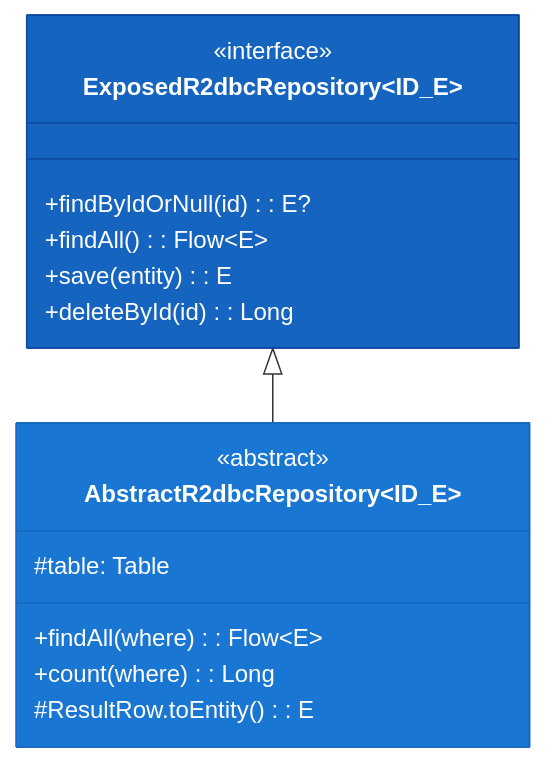
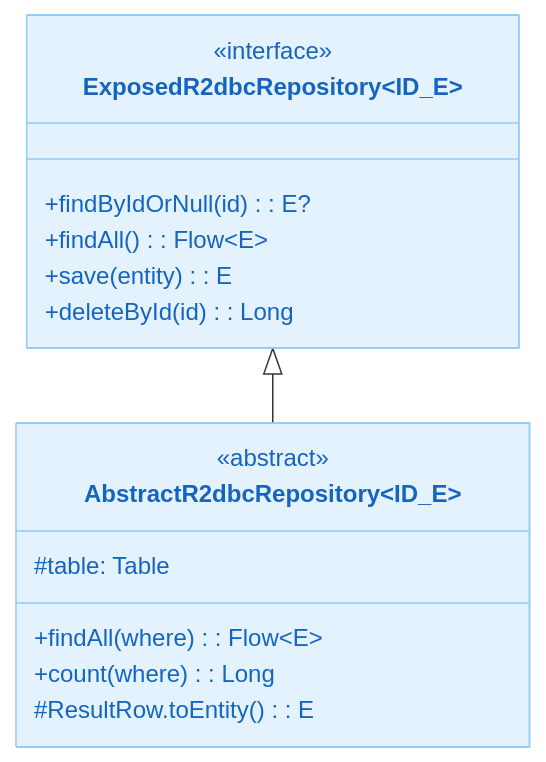
The first of 4 diagrams in data/exposed-r2dbc/README.ko.md (bluetape4k/bluetape4k-projects), drawn with Mermaid before and after one commit. The commit also changed other lines of this file and 219 other files, not shown here.

First line of the commit message:
docs: 전체 README Mermaid 다이어그램 가이드 적용

````diff
--- a/data/exposed-r2dbc/README.ko.md
+++ b/data/exposed-r2dbc/README.ko.md
@@ -206,22 +206,22 @@
 ```mermaid
 classDiagram
     direction TB
     class ExposedR2dbcRepository~ID_E~ {
         <<interface>>
         +findByIdOrNull(id): E?
         +findAll(): Flow~E~
         +save(entity): E
         +deleteById(id): Long
     }
     class AbstractR2dbcRepository~ID_E~ {
         <<abstract>>
         #table: Table
         +findAll(where): Flow~E~
         +count(where): Long
         #ResultRow.toEntity(): E
     }
     ExposedR2dbcRepository <|-- AbstractR2dbcRepository
 
-    style ExposedR2dbcRepository fill:#1565C0,stroke:#0D47A1,color:#FFFFFF
-    style AbstractR2dbcRepository fill:#1976D2,stroke:#1565C0,color:#FFFFFF
+    style ExposedR2dbcRepository fill:#E3F2FD,stroke:#90CAF9,color:#1565C0
+    style AbstractR2dbcRepository fill:#E3F2FD,stroke:#90CAF9,color:#1565C0
 ```
````
